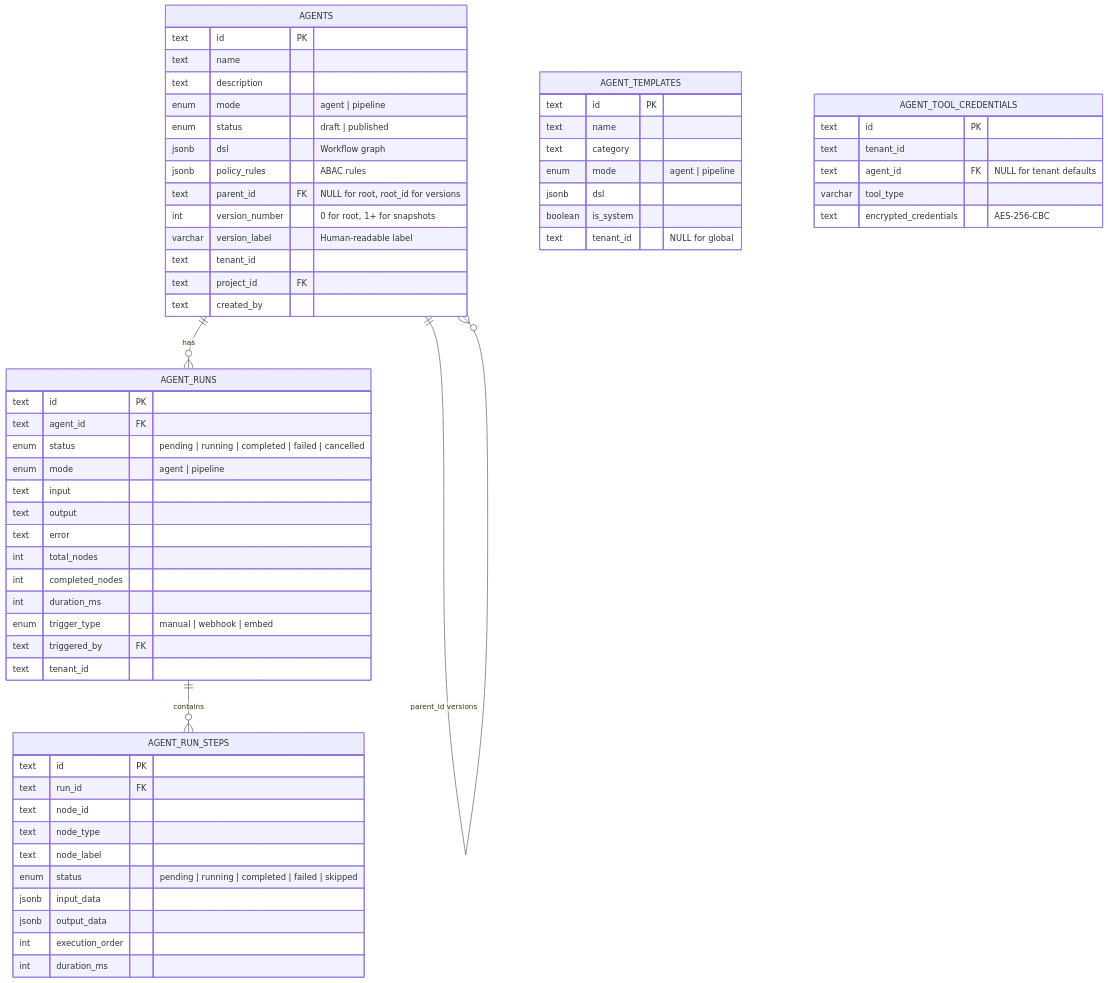
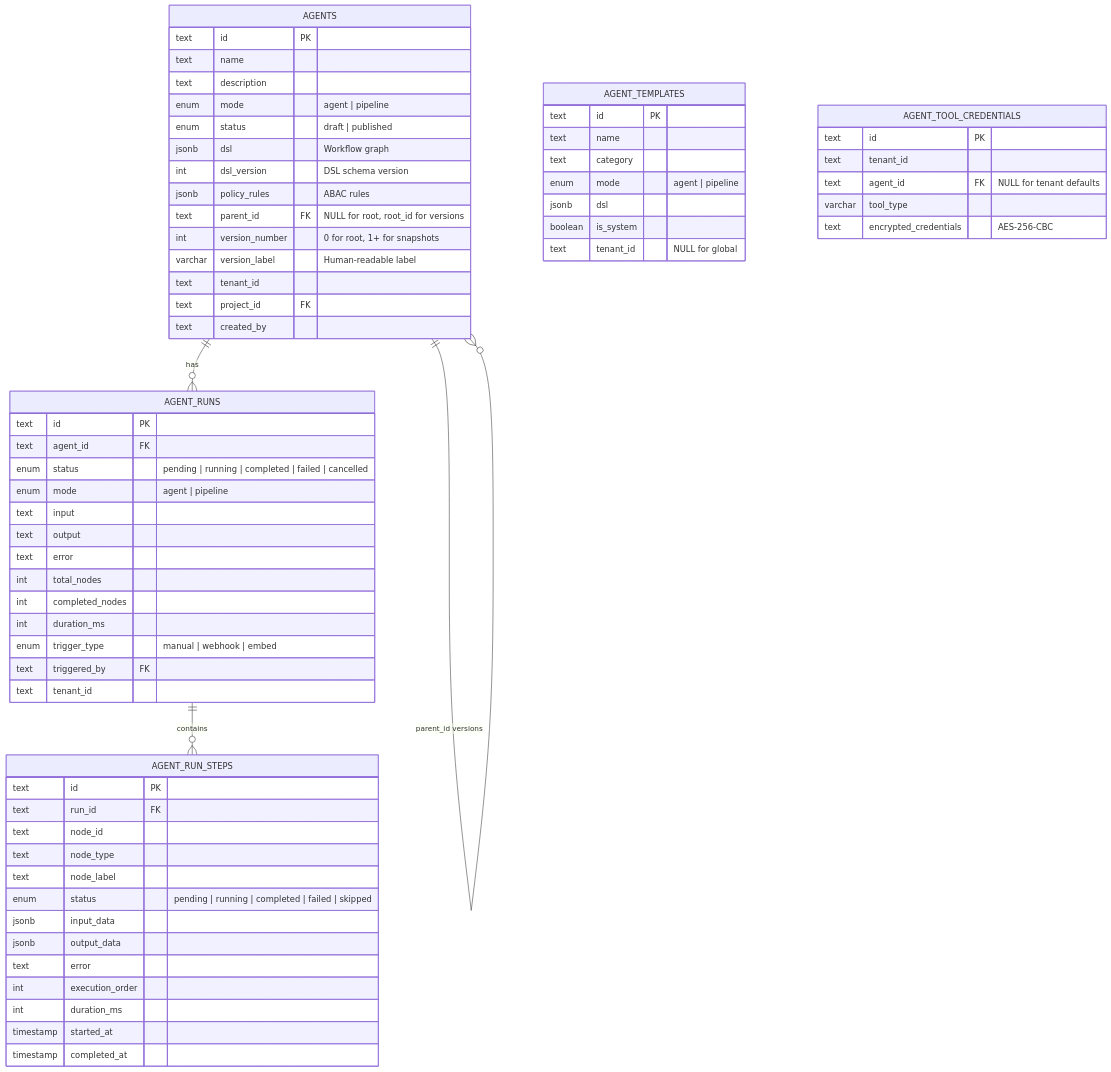
Before and after one commit to b-knowledge-solution/b-knowledge: the fourth of 4 diagrams in docs/basic-design/agent-architecture.md, drawn with Mermaid. The commit also changed other lines of this file and 9 other files, not shown here.

````diff
--- a/docs/basic-design/agent-architecture.md
+++ b/docs/basic-design/agent-architecture.md
@@ -109,69 +109,73 @@
 ```mermaid
 erDiagram
     AGENTS {
         text id PK
         text name
         text description
         enum mode "agent | pipeline"
         enum status "draft | published"
         jsonb dsl "Workflow graph"
+        int dsl_version "DSL schema version"
         jsonb policy_rules "ABAC rules"
         text parent_id FK "NULL for root, root_id for versions"
         int version_number "0 for root, 1+ for snapshots"
         varchar version_label "Human-readable label"
         text tenant_id
         text project_id FK
         text created_by
     }
 
     AGENT_RUNS {
         text id PK
         text agent_id FK
         enum status "pending | running | completed | failed | cancelled"
         enum mode "agent | pipeline"
         text input
         text output
         text error
         int total_nodes
         int completed_nodes
         int duration_ms
         enum trigger_type "manual | webhook | embed"
         text triggered_by FK
         text tenant_id
     }
 
     AGENT_RUN_STEPS {
         text id PK
         text run_id FK
         text node_id
         text node_type
         text node_label
         enum status "pending | running | completed | failed | skipped"
         jsonb input_data
         jsonb output_data
+        text error
         int execution_order
         int duration_ms
+        timestamp started_at
+        timestamp completed_at
     }
 
     AGENT_TEMPLATES {
         text id PK
         text name
         text category
         enum mode "agent | pipeline"
         jsonb dsl
         boolean is_system
         text tenant_id "NULL for global"
     }
 
     AGENT_TOOL_CREDENTIALS {
         text id PK
         text tenant_id
         text agent_id FK "NULL for tenant defaults"
         varchar tool_type
         text encrypted_credentials "AES-256-CBC"
     }
 
     AGENTS ||--o{ AGENT_RUNS : "has"
     AGENT_RUNS ||--o{ AGENT_RUN_STEPS : "contains"
     AGENTS ||--o{ AGENTS : "parent_id versions"
 ```
````
